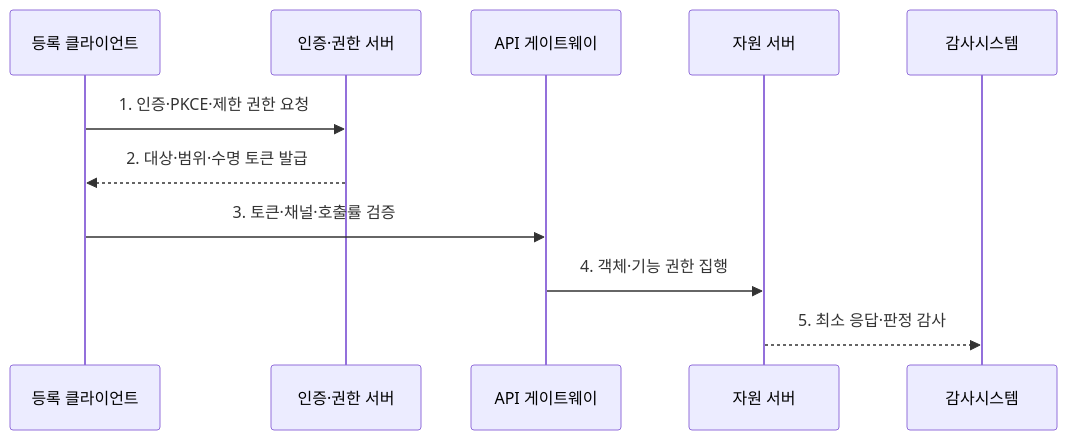
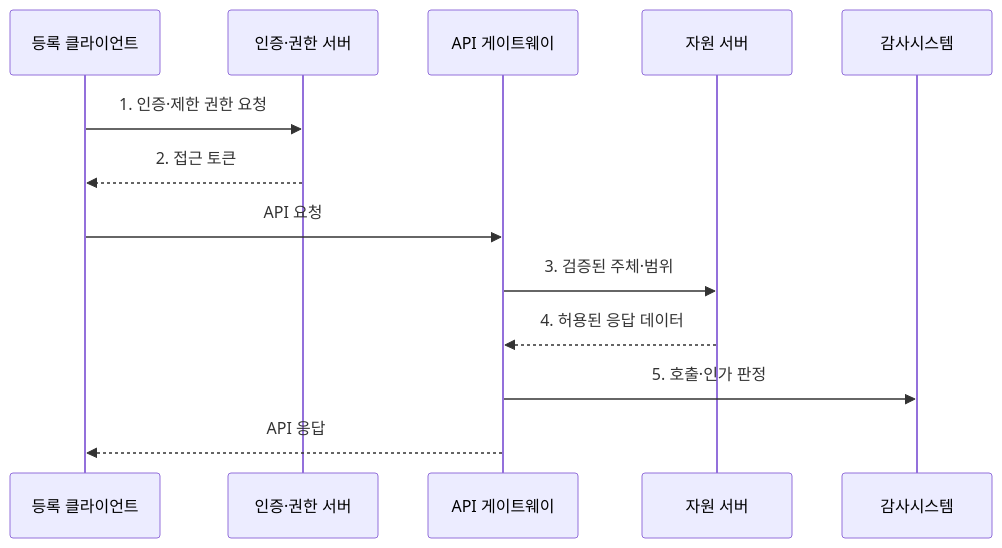
Before and after one commit to agnusdei1207/knowledge-base: the second of 2 diagrams in src/content/docs/notes/05-security/053_secure_api_design.md, drawn with Mermaid. The commit also changed other lines of this file and 20 other files, not shown here.

````diff
--- a/src/content/docs/notes/05-security/053_secure_api_design.md
+++ b/src/content/docs/notes/05-security/053_secure_api_design.md
@@ -88,13 +89,15 @@
 ```mermaid
 sequenceDiagram
     participant C as 등록 클라이언트
     participant A as 인증·권한 서버
     participant G as API 게이트웨이
     participant R as 자원 서버
     participant 감사시스템
-    C->>A: 1. 인증·PKCE·제한 권한 요청
-    A-->>C: 2. 대상·범위·수명 토큰 발급
-    C->>G: 3. 토큰·채널·호출률 검증
-    G->>R: 4. 객체·기능 권한 집행
-    R-->>감사시스템: 5. 최소 응답·판정 감사
+    C->>A: 1. 인증·제한 권한 요청
+    A-->>C: 2. 접근 토큰
+    C->>G: API 요청
+    G->>R: 3. 검증된 주체·범위
+    R-->>G: 4. 허용된 응답 데이터
+    G->>감사시스템: 5. 호출·인가 판정
+    G-->>C: API 응답
 ```
````
